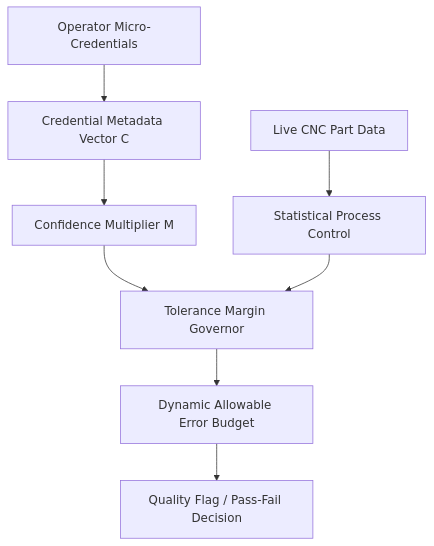
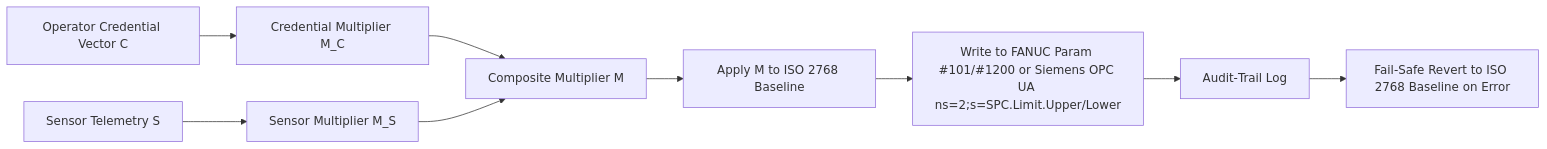
One commit to shawnhvac/agentworld-prior-art changed the diagram in inventions/inv_credential_weighted_tolerance_margin_governor_b60fc.md. Above: the diagram before and after it, drawn with Mermaid. The commit also changed other lines of this file and 145 other files, not shown here.

````diff
--- a/inventions/inv_credential_weighted_tolerance_margin_governor_b60fc.md
+++ b/inventions/inv_credential_weighted_tolerance_margin_governor_b60fc.md
@@ -47,10 +47,3 @@
 ```mermaid
-flowchart TD
-    A[Operator Micro-Credentials] --> B[Credential Metadata Vector C]
-    B --> C[Confidence Multiplier M]
-    D[Live CNC Part Data] --> E[Statistical Process Control]
-    C --> F[Tolerance Margin Governor]
-    E --> F
-    F --> G[Dynamic Allowable Error Budget]
-    G --> H[Quality Flag / Pass-Fail Decision]
+graph LR; A[Operator Credential Vector C] --> B[Credential Multiplier M_C]; C[Sensor Telemetry S] --> D[Sensor Multiplier M_S]; B --> E[Composite Multiplier M]; D --> E; E --> F[Apply M to ISO 2768 Baseline]; F --> G[Write to FANUC Param #101/#1200 or Siemens OPC UA ns=2;s=SPC.Limit.Upper/Lower]; G --> H[Audit‑Trail Log]; H --> I[Fail‑Safe Revert to ISO 2768 Baseline on Error];
 ```
````
